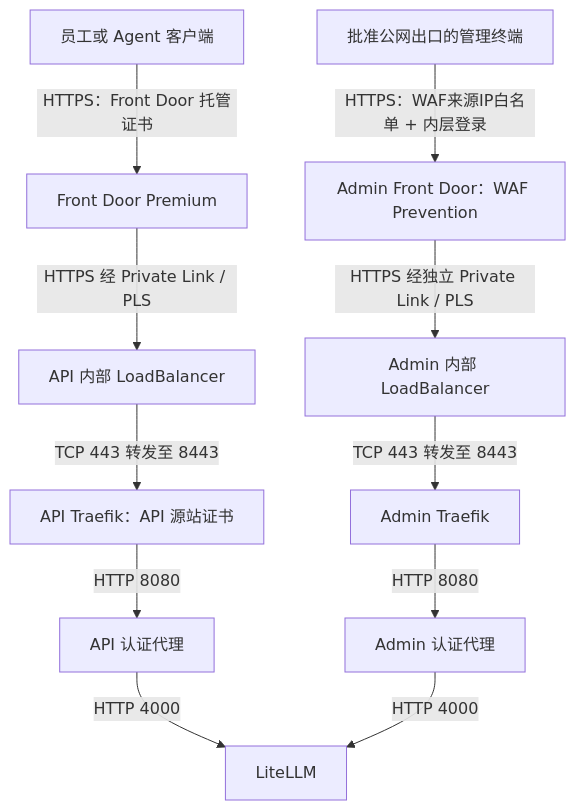
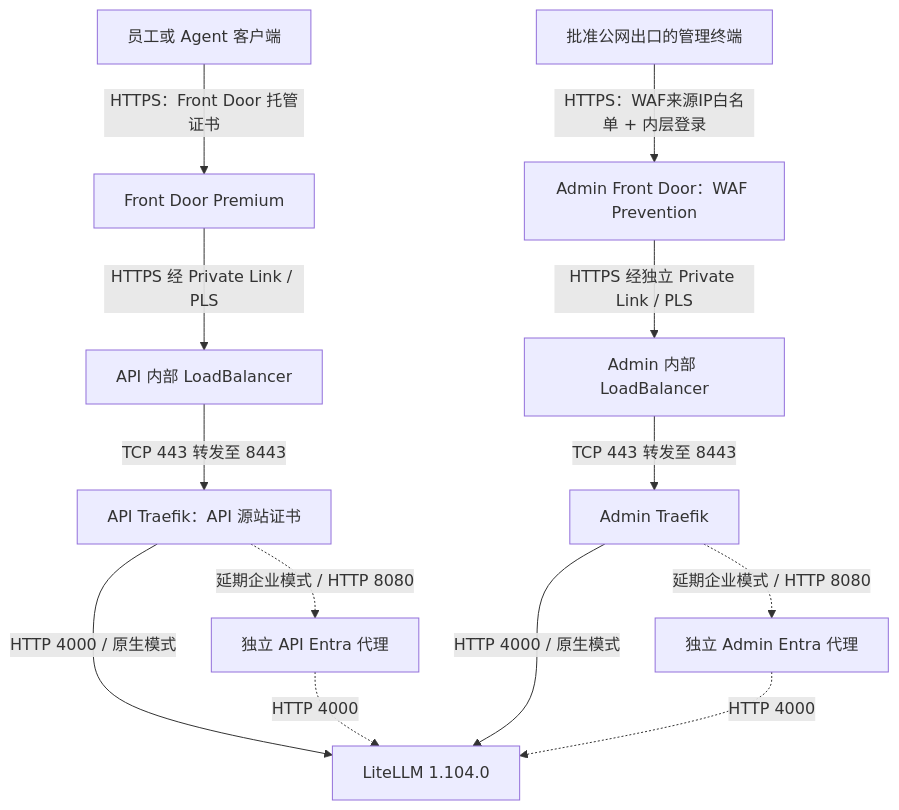
One commit to wukong121/secure-litellm-on-azure changed the first of 2 diagrams in docs/litellm-ingress-tls-certificate-design-zh.md. Above: the diagram before and after it, drawn with Mermaid. The commit also changed other lines of this file and 56 other files, not shown here.

````diff
--- a/docs/litellm-ingress-tls-certificate-design-zh.md
+++ b/docs/litellm-ingress-tls-certificate-design-zh.md
@@ -42,13 +46,15 @@
 ```mermaid
 flowchart TB
     Client[员工或 Agent 客户端] -->|HTTPS：Front Door 托管证书| FD[Front Door Premium]
     FD -->|HTTPS 经 Private Link / PLS| ApiLB[API 内部 LoadBalancer]
     ApiLB -->|TCP 443 转发至 8443| ApiIngress[API Traefik：API 源站证书]
-    ApiIngress -->|HTTP 8080| ApiProxy[API 认证代理]
-    ApiProxy -->|HTTP 4000| Backend[LiteLLM]
+    ApiIngress -->|HTTP 4000 / 原生模式| Backend[LiteLLM 1.104.0]
+    ApiIngress -.延期企业模式 / HTTP 8080.-> ApiProxy[独立 API Entra 代理]
+    ApiProxy -.HTTP 4000.-> Backend
     Admin[批准公网出口的管理终端] -->|HTTPS：WAF来源IP白名单 + 内层登录| AdminFD[Admin Front Door：WAF Prevention]
     AdminFD -->|HTTPS 经独立 Private Link / PLS| AdminLB[Admin 内部 LoadBalancer]
     AdminLB -->|TCP 443 转发至 8443| AdminIngress[Admin Traefik]
-    AdminIngress -->|HTTP 8080| AdminProxy[Admin 认证代理]
-    AdminProxy -->|HTTP 4000| Backend
+    AdminIngress -->|HTTP 4000 / 原生模式| Backend
+    AdminIngress -.延期企业模式 / HTTP 8080.-> AdminProxy[独立 Admin Entra 代理]
+    AdminProxy -.HTTP 4000.-> Backend
 ```
````
